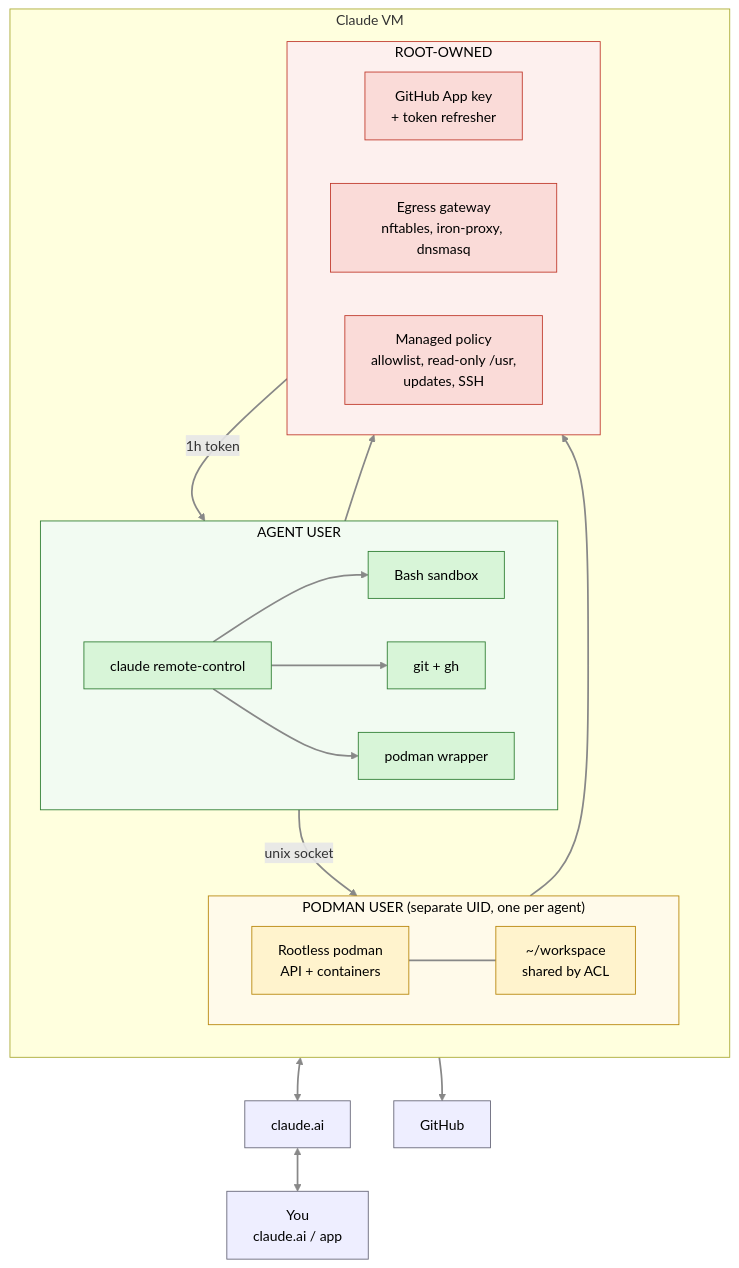
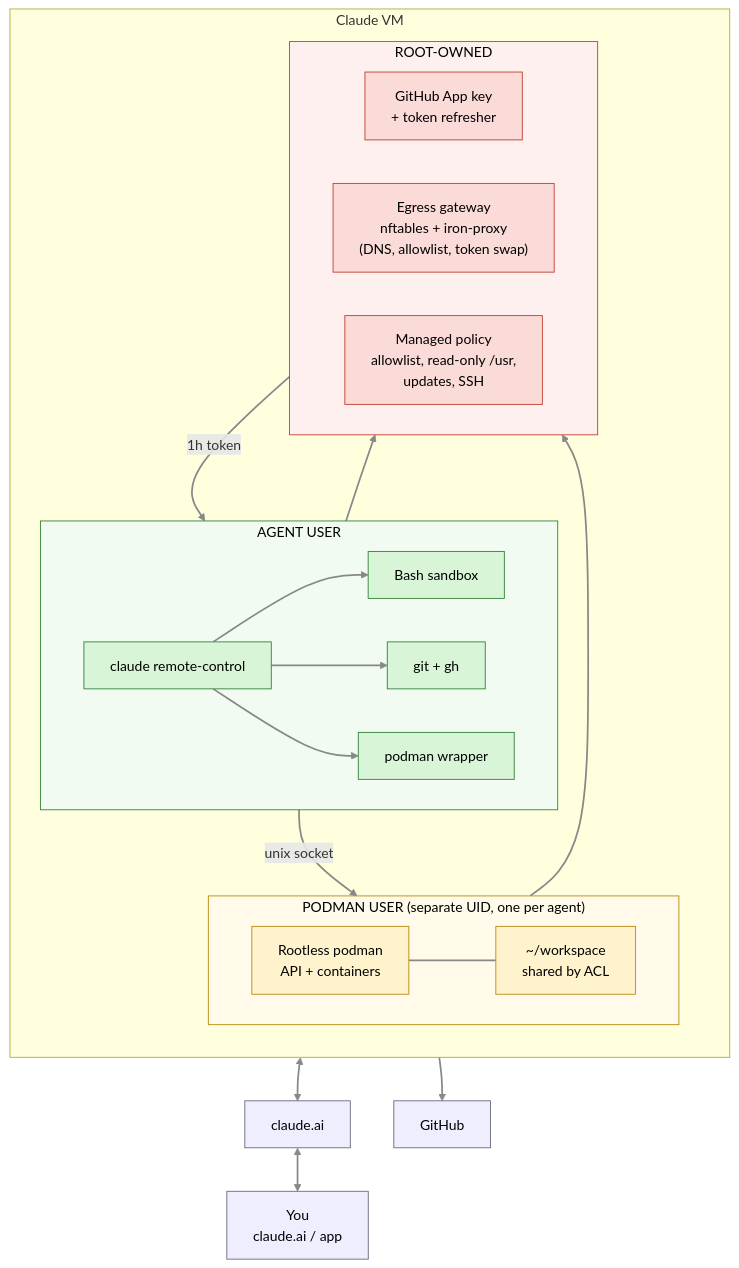
Before and after one commit to cthtrifork/homeserver-bootc: the first of 3 diagrams in docs/claude-vm/README.md, drawn with Mermaid. The commit also changed other lines of this file and 17 other files, not shown here.

First line of the commit message:
refactor(claude-vm): iron-proxy answers DNS, drop dnsmasq and the port redirects

````diff
--- a/docs/claude-vm/README.md
+++ b/docs/claude-vm/README.md
@@ -18,57 +18,57 @@
 ```mermaid
 flowchart TB
     YOU["You<br/>claude.ai / app"]
     ANTH["claude.ai"]
     GH["GitHub"]
 
     subgraph VM["Claude VM"]
         direction TB
 
         subgraph AGENT["AGENT USER"]
             direction LR
             RC["claude remote-control"]
             SB["Bash sandbox"]
             GIT["git + gh"]
             WRAP["podman wrapper"]
         end
 
         subgraph CONT["PODMAN USER (separate UID, one per agent)"]
             direction LR
             POD["Rootless podman<br/>API + containers"]
             WS["~/workspace<br/>shared by ACL"]
         end
 
         subgraph ROOT["ROOT-OWNED"]
             direction LR
             TOK["GitHub App key<br/>+ token refresher"]
-            GW["Egress gateway<br/>nftables, iron-proxy, dnsmasq"]
+            GW["Egress gateway<br/>nftables + iron-proxy<br/>(DNS, allowlist, token swap)"]
             CFG["Managed policy<br/>allowlist, read-only /usr,<br/>updates, SSH"]
         end
     end
 
     RC --> SB
     RC --> GIT
     RC --> WRAP
     WRAP -->|"unix socket"| POD
     POD --- WS
     TOK -->|"1h token"| GIT
 
     AGENT ==> GW
     CONT ==> GW
     GW <--> ANTH
     GW --> GH
     ANTH <--> YOU
 
     linkStyle default stroke:#888,stroke-width:2px
     classDef agent fill:#d8f5d8,stroke:#2e7d32,color:#000
     classDef cont fill:#fff3cd,stroke:#b8860b,color:#000
     classDef locked fill:#fadbd8,stroke:#c0392b,color:#000
     classDef ext fill:#eef,stroke:#667,color:#000
     class RC,SB,GIT,WRAP agent
     class POD,WS cont
     class TOK,GW,CFG locked
     class YOU,ANTH,GH ext
     style AGENT fill:#f2fbf2,stroke:#2e7d32,color:#000
     style CONT fill:#fffaea,stroke:#b8860b,color:#000
     style ROOT fill:#fdf0ee,stroke:#c0392b,color:#000
 ```
````
